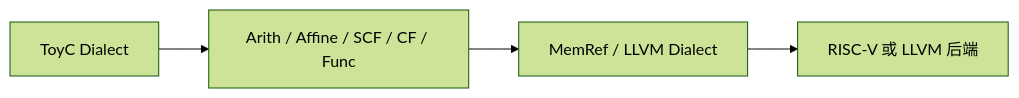
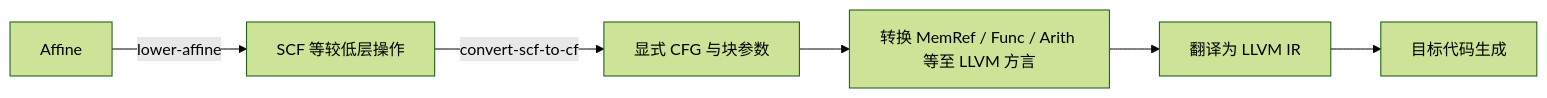
The third of 3 diagrams in docs/reference/llvm-mlir.md (lightsmilew/compiler-principles), drawn with Mermaid (forest theme) before and after one commit. The commit also changed other lines of this file and 47 other files, not shown here.

````diff
--- a/docs/reference/llvm-mlir.md
+++ b/docs/reference/llvm-mlir.md
@@ -362,6 +431,8 @@
 ```mermaid
 flowchart LR
-  T[ToyC Dialect] --> A[Arith / Affine / SCF / CF / Func]
-  A --> M[MemRef / LLVM Dialect]
-  M --> R[RISC-V 或 LLVM 后端]
+  A[Affine] -->|lower-affine| S[SCF 等较低层操作]
+  S -->|convert-scf-to-cf| C[显式 CFG 与块参数]
+  C --> L[转换 MemRef / Func / Arith 等至 LLVM 方言]
+  L --> I[翻译为 LLVM IR]
+  I --> M[目标代码生成]
 ```
````
